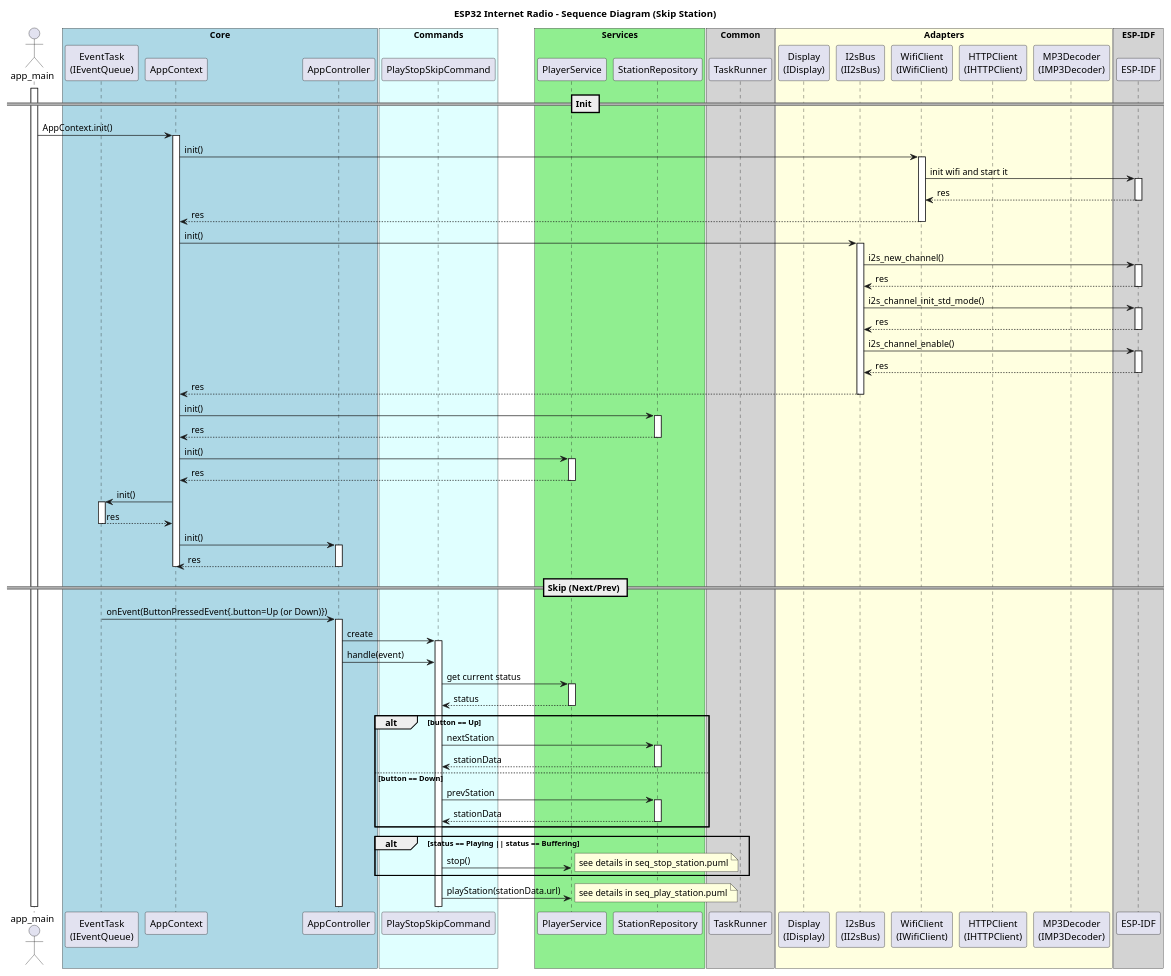
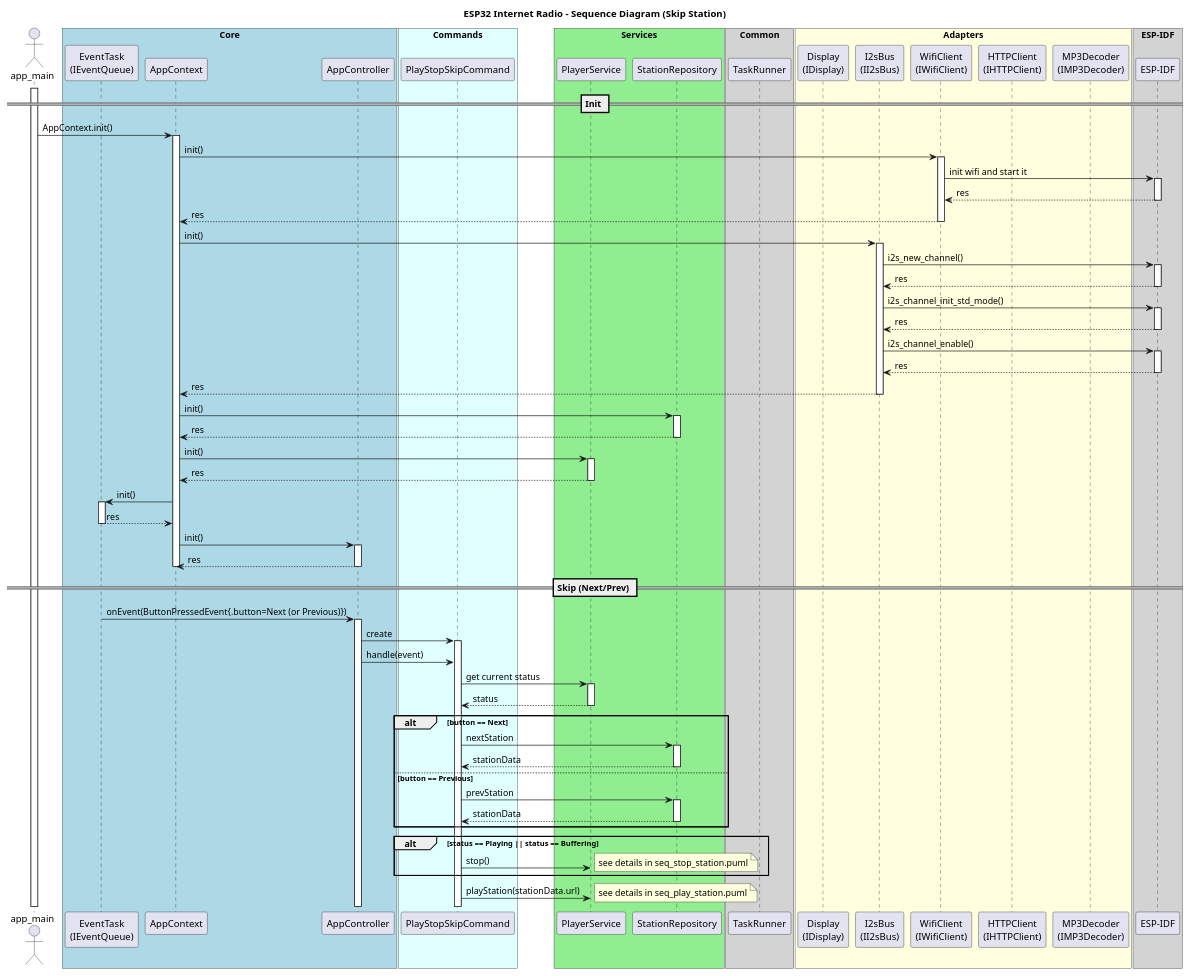
One commit to ArturChechui/esp_radio changed the diagram in docs/diagrams/sequence/seq_skip_station.puml. Above: the diagram before and after it, drawn with PlantUML. The commit also changed 55 other files, not shown here.

```diff
--- a/docs/diagrams/sequence/seq_skip_station.puml
+++ b/docs/diagrams/sequence/seq_skip_station.puml
@@ -1,92 +1,92 @@
 @startuml seq_skip_station.puml
 title ESP32 Internet Radio - Sequence Diagram (Skip Station)
 
 actor "app_main" as APP
 box "Core" #LightBlue
 participant "EventTask\n(IEventQueue)" as CORETASK
 participant "AppContext" as CTX
 participant "AppController" as CTRL
 end box
 
 box "Commands" #LightCyan
 participant "PlayStopSkipCommand" as CMD
 end box
 
 box "Services" #LightGreen
 participant "PlayerService" as PLSVC
 participant "StationRepository" as REPO
 end box
 
 box "Common" #LightGray
 participant "TaskRunner" as TR
 end box
 
 box "Adapters" #LightYellow
 participant "Display\n(IDisplay)" as DISP
 participant "I2sBus\n(II2sBus)" as I2S
 participant "WifiClient\n(IWifiClient)" as WC
 participant "HTTPClient\n(IHTTPClient)" as HTTP
 participant "MP3Decoder\n(IMP3Decoder)" as MP3D
 end box
 
 
 box "ESP-IDF" #LightGray
 participant "ESP-IDF" as IDF
 end box
 
 == Init ==
 activate APP
 APP -> CTX ++: AppContext.init()
 CTX -> WC ++: init()
 WC -> IDF ++: init wifi and start it
 return res 
 return res 
 
 CTX -> I2S ++: init()
 I2S -> IDF ++: i2s_new_channel()  
 return res
 I2S -> IDF ++: i2s_channel_init_std_mode()
 return res
 I2S -> IDF ++: i2s_channel_enable()
 return res
 return res
 
 CTX -> REPO ++: init()
 return res
 CTX -> PLSVC ++: init()
 return res
 CTX -> CORETASK ++: init()
 return res
 CTX -> CTRL ++: init()
 return res
 deactivate CTX
 
 == Skip (Next/Prev) ==
-CORETASK  -> CTRL ++: onEvent(ButtonPressedEvent{.button=Up (or Down)})
+CORETASK  -> CTRL ++: onEvent(ButtonPressedEvent{.button=Next (or Previous)})
 CTRL -> CMD ++: create
 CTRL -> CMD : handle(event)
 CMD -> PLSVC ++: get current status
 return status
 
-alt button == Up
+alt button == Next
     CMD -> REPO ++: nextStation
     return stationData
-else button == Down
+else button == Previous
     CMD -> REPO ++: prevStation
     return stationData
 end
 
 alt status == Playing || status == Buffering
     CMD -> PLSVC: stop()
     note right
     see details in seq_stop_station.puml
     end note
 end
 
 CMD -> PLSVC: playStation(stationData.url)
 note right
 see details in seq_play_station.puml
 end note
 
 
 @enduml
```
